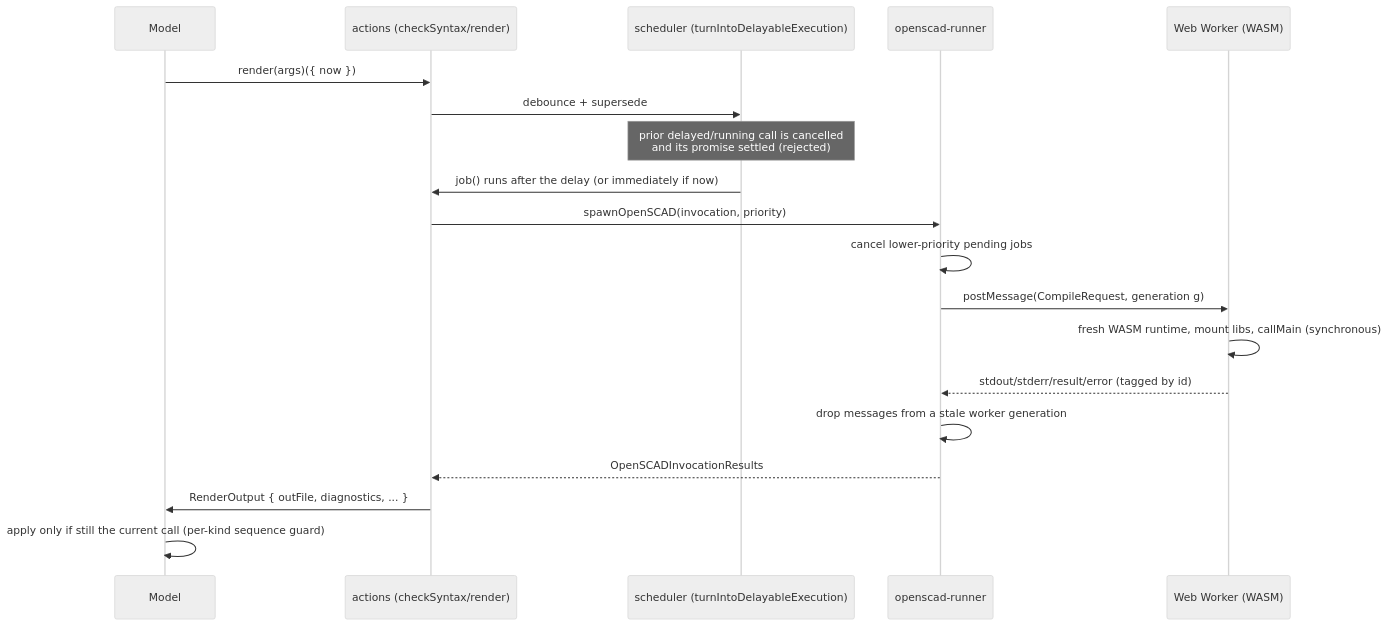
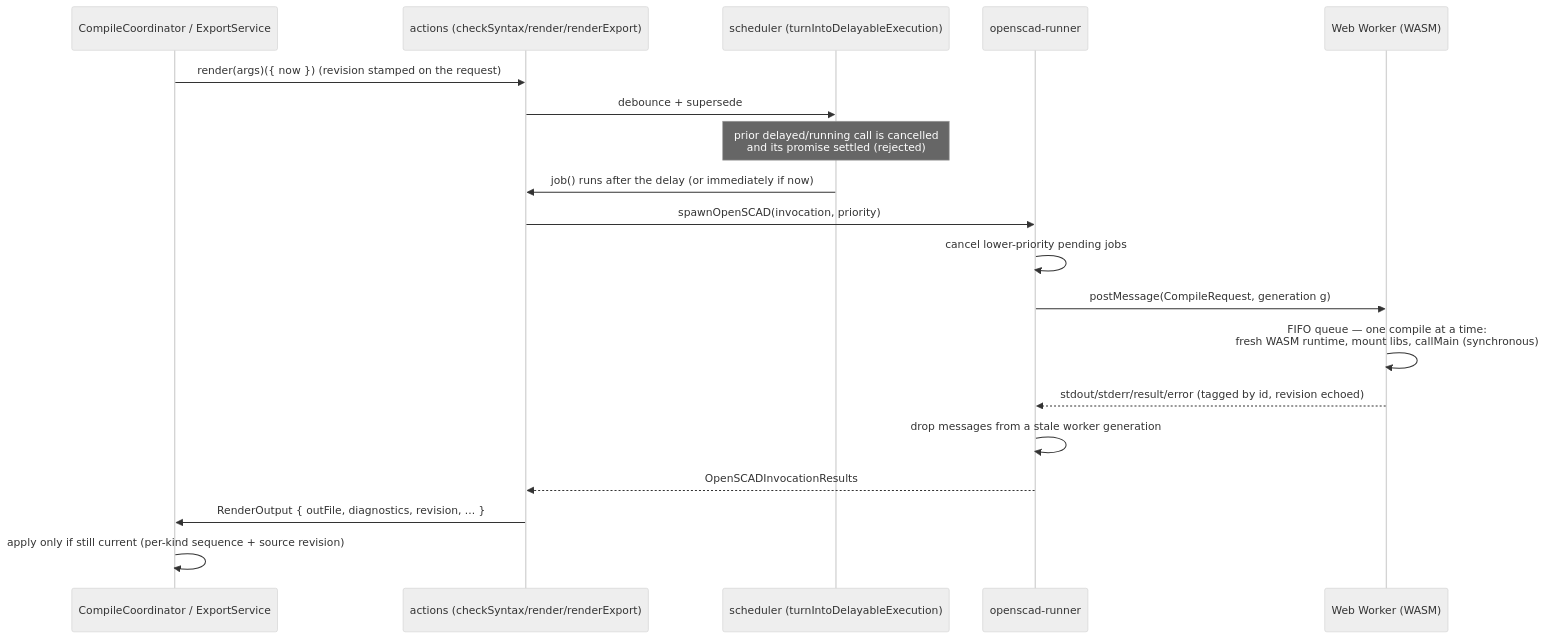
The first of 2 diagrams in docs/architecture/compile-lifecycle.md (CameronBrooks11/openscad-web), drawn with Mermaid (neutral theme) before and after one commit. The commit also changed other lines of this file and 2 other files, not shown here.

First line of the commit message:
docs(architecture): refresh stale boundary/lifecycle claims (#131)

````diff
--- a/docs/architecture/compile-lifecycle.md
+++ b/docs/architecture/compile-lifecycle.md
@@ -9,22 +9,22 @@
 ```mermaid
 sequenceDiagram
-  participant M as Model
-  participant A as actions (checkSyntax/render)
+  participant M as CompileCoordinator / ExportService
+  participant A as actions (checkSyntax/render/renderExport)
   participant S as scheduler (turnIntoDelayableExecution)
   participant R as openscad-runner
   participant W as Web Worker (WASM)
 
-  M->>A: render(args)({ now })
+  M->>A: render(args)({ now })  (revision stamped on the request)
   A->>S: debounce + supersede
   Note over S: prior delayed/running call is cancelled<br/>and its promise settled (rejected)
   S->>A: job() runs after the delay (or immediately if now)
   A->>R: spawnOpenSCAD(invocation, priority)
   R->>R: cancel lower-priority pending jobs
   R->>W: postMessage(CompileRequest, generation g)
-  W->>W: fresh WASM runtime, mount libs, callMain (synchronous)
-  W-->>R: stdout/stderr/result/error (tagged by id)
+  W->>W: FIFO queue — one compile at a time:<br/>fresh WASM runtime, mount libs, callMain (synchronous)
+  W-->>R: stdout/stderr/result/error (tagged by id, revision echoed)
   R->>R: drop messages from a stale worker generation
   R-->>A: OpenSCADInvocationResults
-  A->>M: RenderOutput { outFile, diagnostics, ... }
-  M->>M: apply only if still the current call (per-kind sequence guard)
+  A->>M: RenderOutput { outFile, diagnostics, revision, ... }
+  M->>M: apply only if still current (per-kind sequence + source revision)
 ```
````
